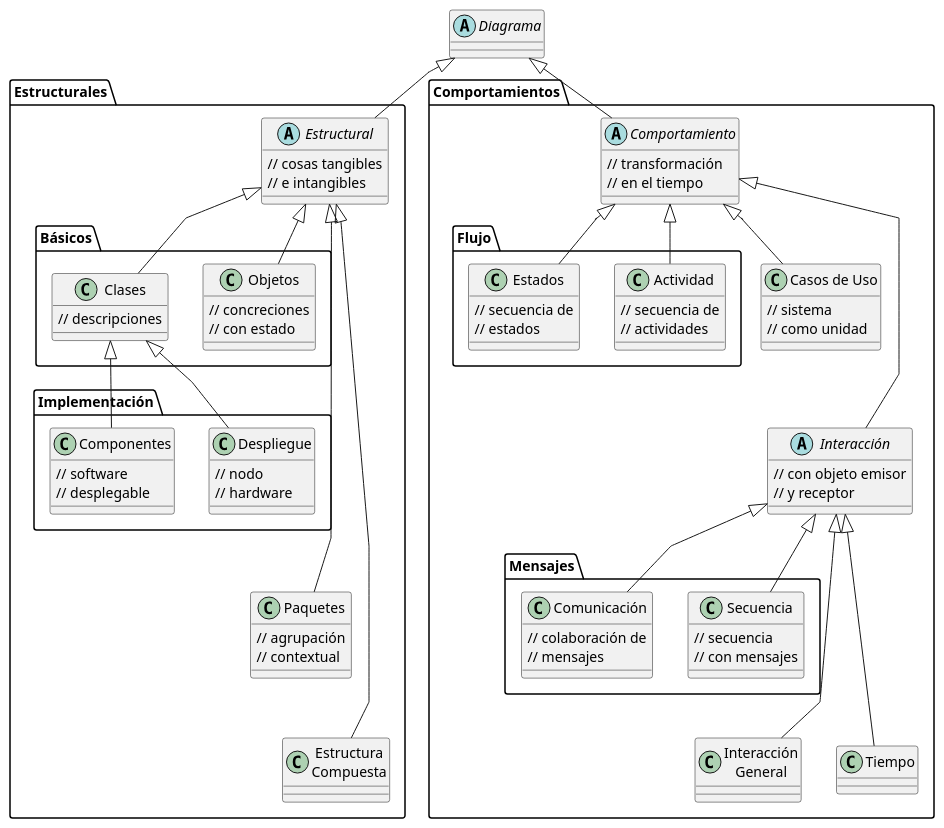
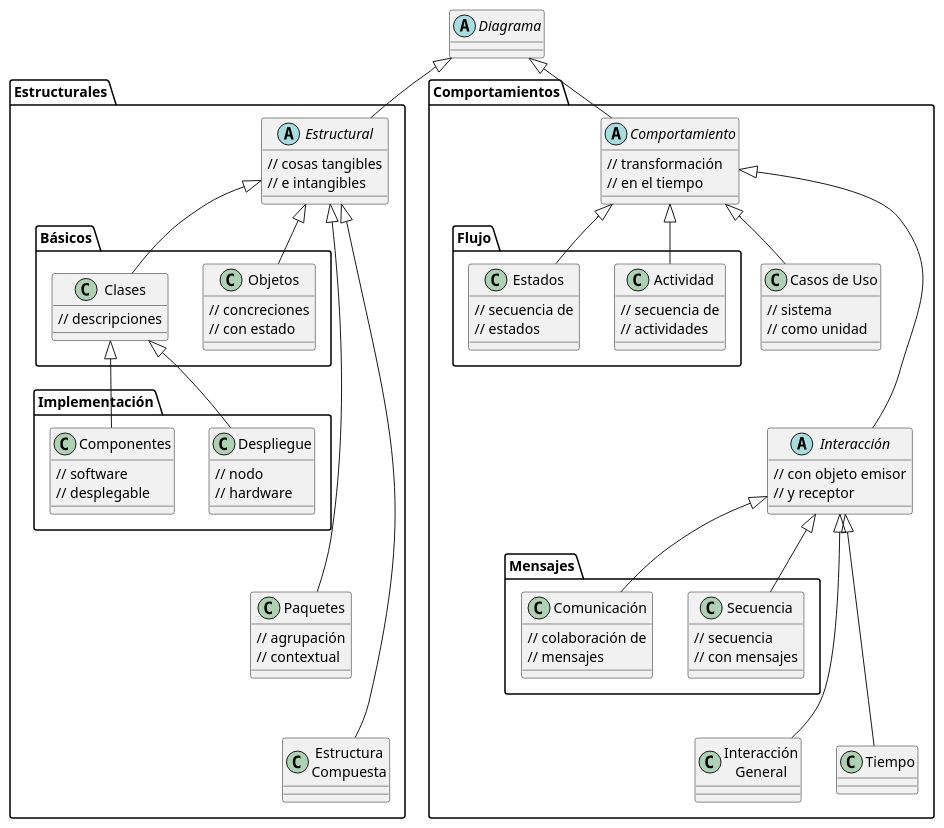
Before and after one commit to mmasias/uml: the diagram in plantUMLModels/umlDiagrams.puml, drawn with PlantUML. The commit also changed 1 other file, not shown here.

Commit message:
fix: corregir la relación entre clases en el diagrama UML

```diff
--- a/plantUMLModels/umlDiagrams.puml
+++ b/plantUMLModels/umlDiagrams.puml
@@ -1,109 +1,107 @@
 @startuml
-
-skinparam linetype polyline
 
 abstract class Diagrama
 
 package "Estructurales" as estructurales {
   abstract class Estructural {
     // cosas tangibles
     // e intangibles
   }
   
   package "Básicos" {
     class Clases {
       // descripciones
     }
     class Objetos {
       // concreciones
       // con estado
     }
   }
   
   package "Implementación" {
     class Componentes {
       // software
       // desplegable
     }
     class Despliegue {
       // nodo
       // hardware
     }
   }
   
   class Paquetes {
     // agrupación
     // contextual
   }
   
   class "Estructura\nCompuesta" as EstructuraCompuesta
 }
 
 package "Comportamientos" as comportamientos {
   abstract class Comportamiento {
     // transformación
     // en el tiempo
   }
   
   class "Casos de Uso" as CasosUso {
     // sistema
     // como unidad
   }
   
   package "Flujo" {
     class Estados {
       // secuencia de
       // estados
     }
     class Actividad {
       // secuencia de
       // actividades
     }
   }
   
   abstract class Interacción {
     // con objeto emisor
     // y receptor
   }
   
   package "Mensajes" {
     class Comunicación {
       // colaboración de
       // mensajes
     }
     class Secuencia {
       // secuencia
       // con mensajes
     }
   }
   
   class "Interacción\nGeneral" as InteraccionGeneral
   class Tiempo
 }
 
 Diagrama <|-down- Estructural
 Diagrama <|-down- Comportamiento
 
 Estructural <|-down- Clases
 Estructural <|-down- Objetos
+Clases <|-down- Despliegue
 Clases <|-down- Componentes
-Clases <|-down- Despliegue
 Estructural <|-down--- Paquetes
 Estructural <|-down---- EstructuraCompuesta
 
 Comportamiento <|-down- CasosUso
 Comportamiento <|-down- Estados
 Comportamiento <|-down- Actividad
 Comportamiento <|-down-- Interacción
 
 Interacción <|-down- Comunicación
 Interacción <|-down- Secuencia
 Interacción <|-down-- InteraccionGeneral
 Interacción <|-down-- Tiempo
 
 Clases -[hidden]right- Objetos
 Componentes -[hidden]right- Despliegue
 Estados -[hidden]right- Actividad
 Comunicación -[hidden]right- Secuencia
 
 @enduml
```
